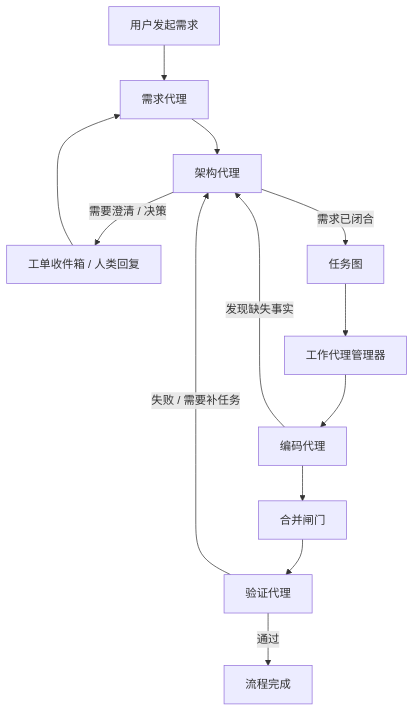
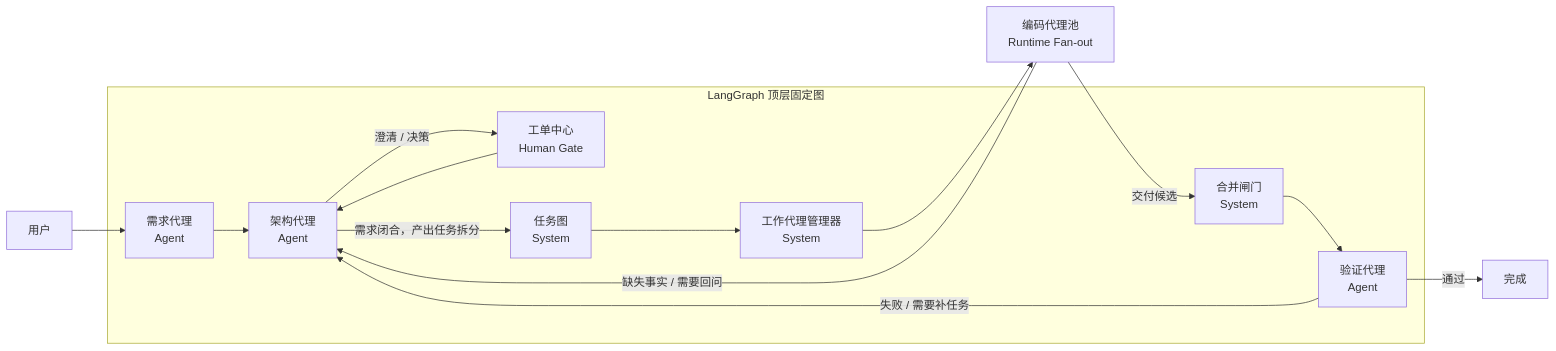
One commit to xilufeisaigao/AgentX changed the diagram in docs/architecture/02-fixed-coding-workflow.md. Above: the diagram before and after it, drawn with Mermaid. The commit also changed other lines of this file and 7 other files, not shown here.

Commit message:
docs: consolidate architecture and state machine docs

````diff
--- a/docs/architecture/02-fixed-coding-workflow.md
+++ b/docs/architecture/02-fixed-coding-workflow.md
@@ -30,26 +10,38 @@
 ```mermaid
-flowchart TB
-  START["用户发起需求"]
-  REQ["需求代理"]
-  ARCH["架构代理"]
-  TICKET["工单收件箱 / 人类回复"]
-  GRAPH["任务图"]
-  MANAGER["工作代理管理器"]
-  CODE["编码代理"]
-  MERGE["合并闸门"]
-  VERIFY["验证代理"]
-  DONE["流程完成"]
+flowchart LR
+  USER["用户"]
 
-  START --> REQ
+  subgraph LG["LangGraph 顶层固定图"]
+    REQ["需求代理
+    Agent"]
+    ARCH["架构代理
+    Agent"]
+    HUMAN["工单中心
+    Human Gate"]
+    DAG["任务图
+    System"]
+    MGR["工作代理管理器
+    System"]
+    MERGE["合并闸门
+    System"]
+    VERIFY["验证代理
+    Agent"]
+  end
+
+  CODE["编码代理池
+  Runtime Fan-out"]
+  DONE["完成"]
+
+  USER --> REQ
   REQ --> ARCH
-  ARCH -- "需要澄清 / 决策" --> TICKET
-  TICKET --> REQ
-  ARCH -- "需求已闭合" --> GRAPH
-  GRAPH --> MANAGER
-  MANAGER --> CODE
-  CODE -- "发现缺失事实" --> ARCH
-  CODE --> MERGE
+  ARCH -->|"澄清 / 决策"| HUMAN
+  HUMAN --> ARCH
+  ARCH -->|"需求闭合，产出任务拆分"| DAG
+  DAG --> MGR
+  MGR --> CODE
+  CODE -->|"交付候选"| MERGE
+  CODE -->|"缺失事实 / 需要回问"| ARCH
   MERGE --> VERIFY
-  VERIFY -- "通过" --> DONE
-  VERIFY -- "失败 / 需要补任务" --> ARCH
+  VERIFY -->|"通过"| DONE
+  VERIFY -->|"失败 / 需要补任务"| ARCH
 ```
````
